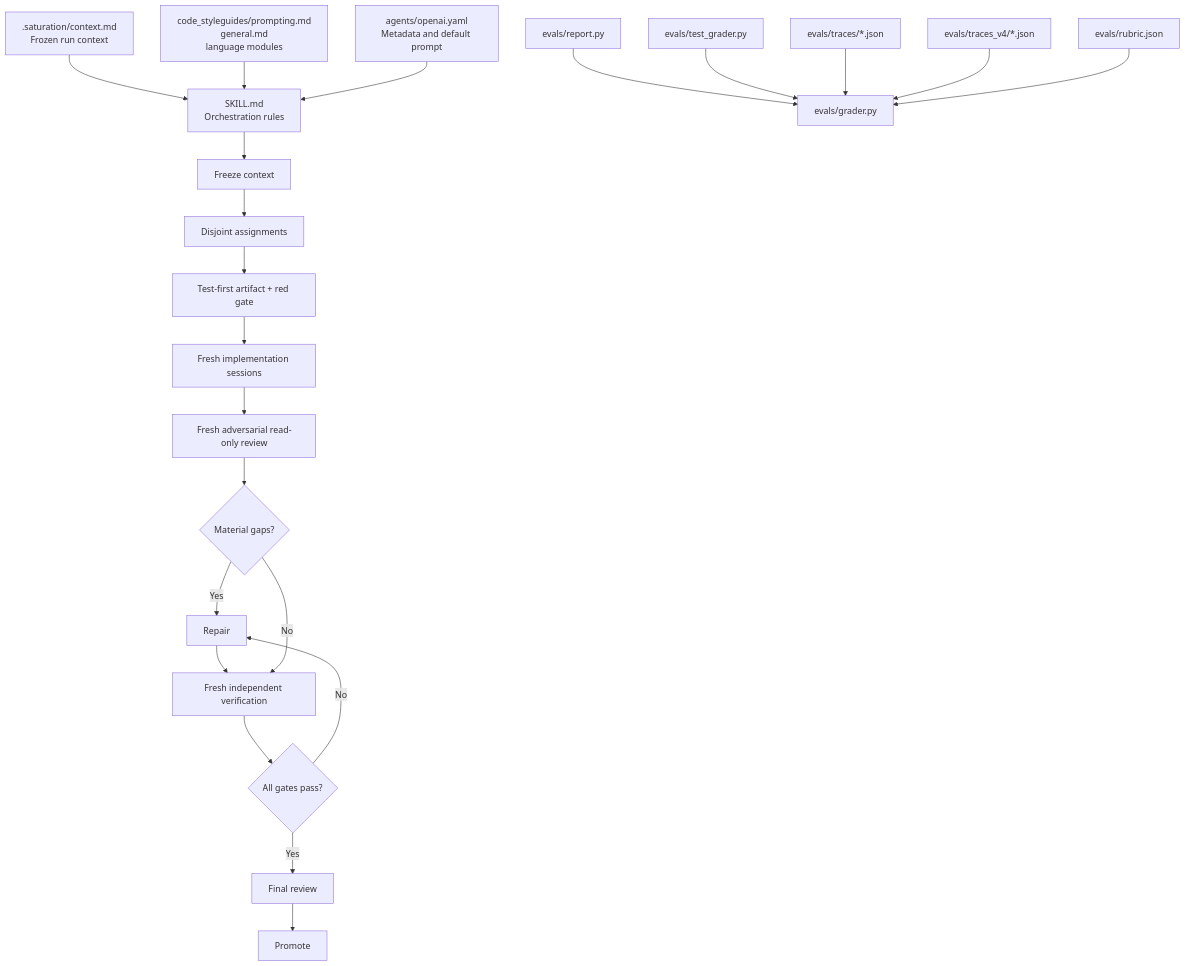
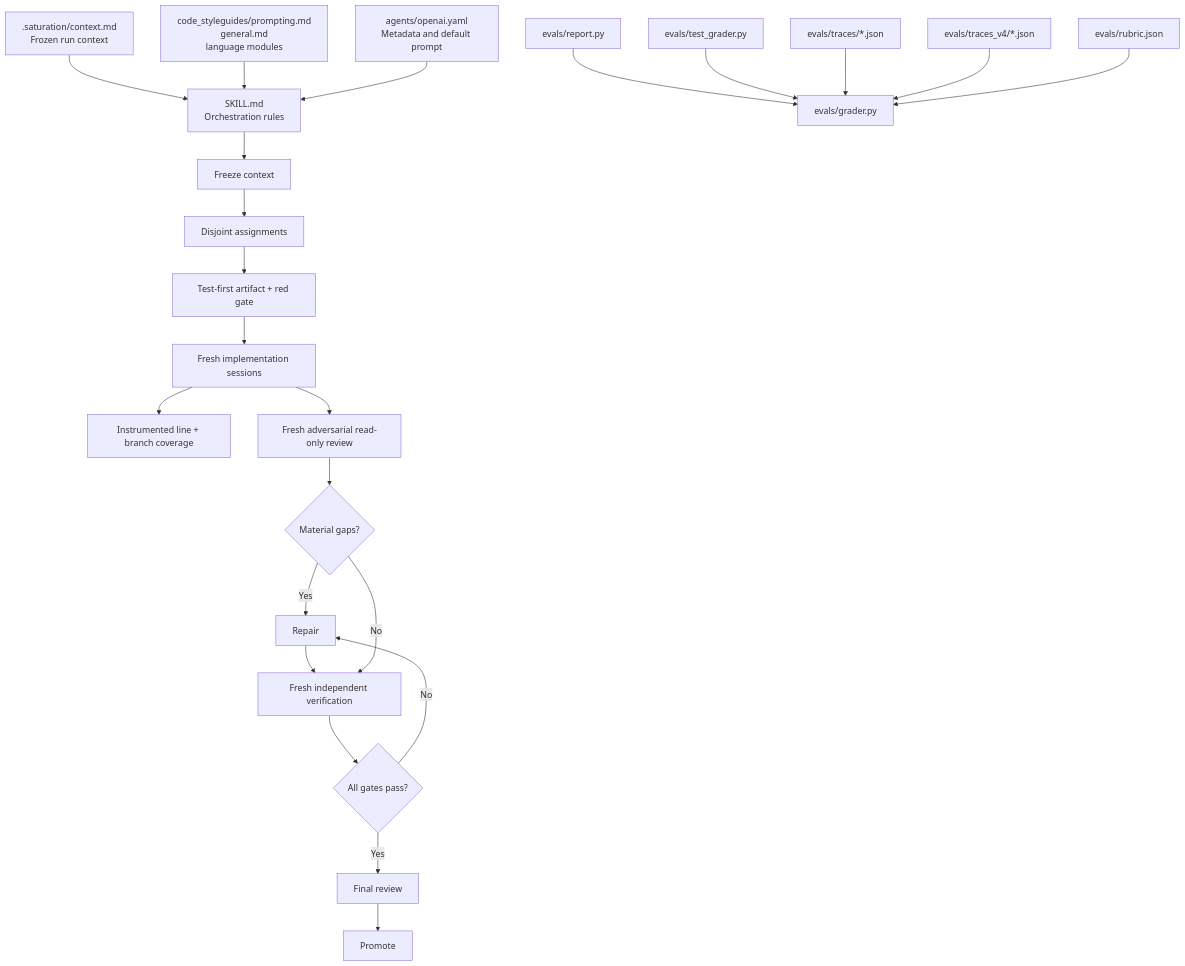
Before and after one commit to luansilvadb/saturation: the diagram in README.md, drawn with Mermaid. The commit also changed other lines of this file and 13 other files, not shown here.

````diff
--- a/README.md
+++ b/README.md
@@ -39,26 +43,27 @@
 ```mermaid
 flowchart TD
     C[".saturation/context.md<br/>Frozen run context"] --> S["SKILL.md<br/>Orchestration rules"]
     G["code_styleguides/prompting.md<br/>general.md<br/>language modules"] --> S
     M["agents/openai.yaml<br/>Metadata and default prompt"] --> S
 
     S --> F["Freeze context"]
     F --> A["Disjoint assignments"]
     A --> TF["Test-first artifact + red gate"]
     TF --> I["Fresh implementation sessions"]
+    I --> CV["Instrumented line + branch coverage"]
     I --> R["Fresh adversarial read-only review"]
     R --> P{"Material gaps?"}
     P -- "Yes" --> X["Repair"]
     X --> V["Fresh independent verification"]
     P -- "No" --> V
     V --> Q{"All gates pass?"}
     Q -- "No" --> X
     Q -- "Yes" --> PR["Final review"]
     PR --> PM["Promote"]
 
     E["evals/report.py"] --> GR["evals/grader.py"]
     T["evals/test_grader.py"] --> GR
     TR["evals/traces/*.json"] --> GR
     TV["evals/traces_v4/*.json"] --> GR
     RB["evals/rubric.json"] --> GR
 ```
````
